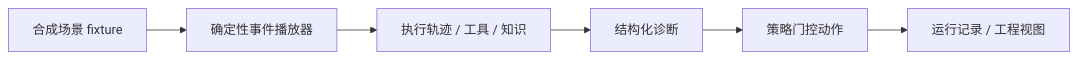
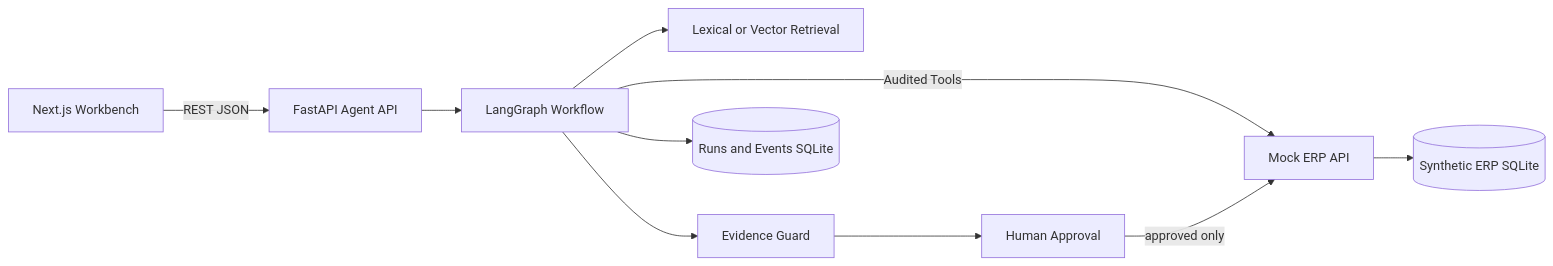
Before and after one commit to violetloveAI/enterprise-support-copilot: the diagram in README.md, drawn with Mermaid. The commit also changed other lines of this file and 110 other files, not shown here.

````diff
--- a/README.md
+++ b/README.md
@@ -67,8 +31,12 @@
 ```mermaid
 flowchart LR
-    Fixtures[合成场景 fixture] --> Playback[确定性事件播放器]
-    Playback --> Evidence[执行轨迹 / 工具 / 知识]
-    Evidence --> Diagnosis[结构化诊断]
-    Diagnosis --> Approval[策略门控动作]
-    Approval --> Audit[运行记录 / 工程视图]
+    UI[Next.js Workbench] -->|REST JSON| API[FastAPI Agent API]
+    API --> GRAPH[LangGraph Workflow]
+    GRAPH --> RAG[Lexical or Vector Retrieval]
+    GRAPH --> GUARD[Evidence Guard]
+    GRAPH -->|Audited Tools| ERP[Mock ERP API]
+    ERP --> ERPDB[(Synthetic ERP SQLite)]
+    GRAPH --> RUNDB[(Runs and Events SQLite)]
+    GUARD --> HITL[Human Approval]
+    HITL -->|approved only| ERP
 ```
````
